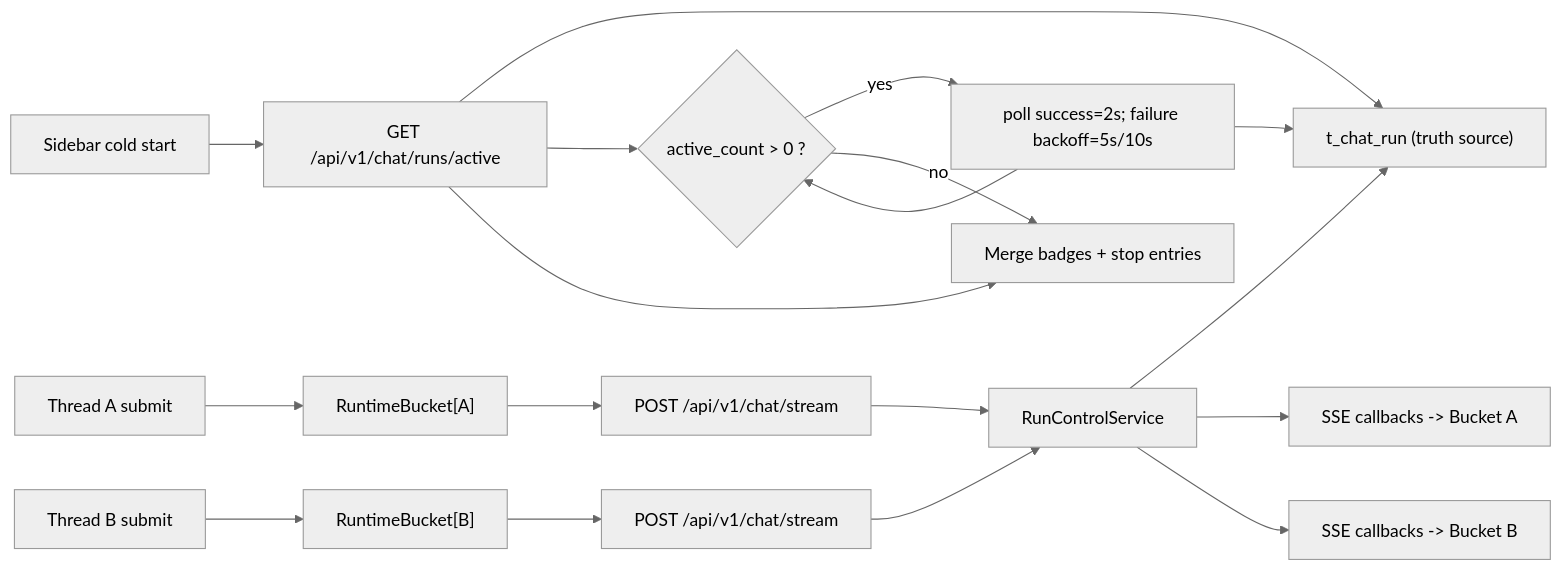
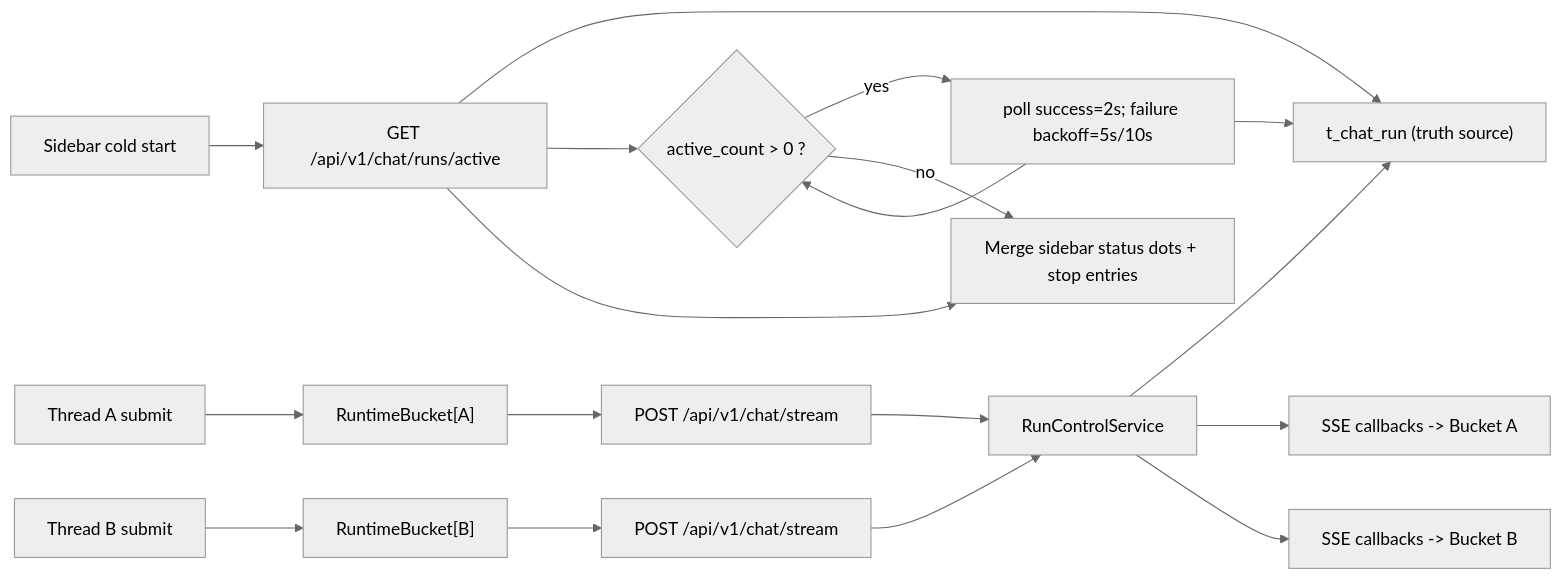
The diagram in docs/plans/2026-03-06-chat-multi-session-concurrency-design.md (jijingkun-commits/fastapi), drawn with Mermaid (neutral theme) before and after one commit. The commit also changed other lines of this file and 32 other files, not shown here.

````diff
--- a/docs/plans/2026-03-06-chat-multi-session-concurrency-design.md
+++ b/docs/plans/2026-03-06-chat-multi-session-concurrency-design.md
@@ -104,20 +104,20 @@
 ```mermaid
 flowchart LR
   A["Thread A submit"] --> FA["RuntimeBucket[A]"]
   B["Thread B submit"] --> FB["RuntimeBucket[B]"]
   FA --> API1["POST /api/v1/chat/stream"]
   FB --> API2["POST /api/v1/chat/stream"]
   API1 --> RC["RunControlService"]
   API2 --> RC
   RC --> DB["t_chat_run (truth source)"]
   RC --> SSEA["SSE callbacks -> Bucket A"]
   RC --> SSEB["SSE callbacks -> Bucket B"]
   INIT["Sidebar cold start"] --> AR["GET /api/v1/chat/runs/active"]
   AR --> DB
   AR --> DEC{"active_count > 0 ?"}
   DEC -->|yes| POLL["poll success=2s; failure backoff=5s/10s"]
-  DEC -->|no| UI["Merge badges + stop entries"]
+  DEC -->|no| UI["Merge sidebar status dots + stop entries"]
   POLL --> DB
   POLL --> DEC
-  AR --> UI["Merge badges + stop entries"]
+  AR --> UI["Merge sidebar status dots + stop entries"]
 ```
````
